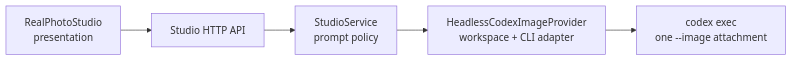
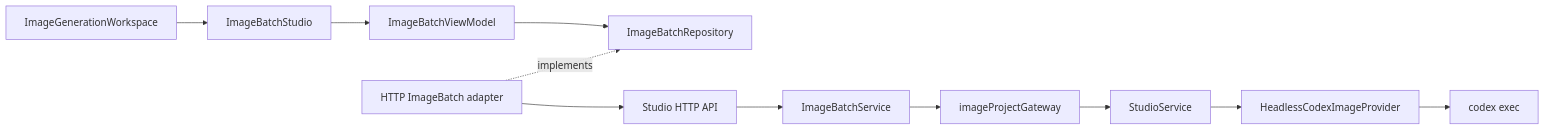
One commit to yuilyoung/vibecoding changed the first of 2 diagrams in workspace/animation_real_studio/docs/12-reference-guided-photorealistic-ux-redesign.md. Above: the diagram before and after it, drawn with Mermaid. The commit also changed other lines of this file and 45 other files, not shown here.

````diff
--- a/workspace/animation_real_studio/docs/12-reference-guided-photorealistic-ux-redesign.md
+++ b/workspace/animation_real_studio/docs/12-reference-guided-photorealistic-ux-redesign.md
@@ -17,11 +18,13 @@
 ```mermaid
 flowchart LR
-  P[RealPhotoStudio
-presentation] --> A[Studio HTTP API]
-  A --> B[StudioService
-prompt policy]
-  B --> I[HeadlessCodexImageProvider
-workspace + CLI adapter]
-  I --> C[codex exec
-one --image attachment]
+  W[ImageGenerationWorkspace] --> V[ImageBatchStudio]
+  V --> VM[ImageBatchViewModel]
+  VM --> R[ImageBatchRepository]
+  H[HTTP ImageBatch adapter] -.implements.-> R
+  H --> A[Studio HTTP API]
+  A --> B[ImageBatchService]
+  B --> G[imageProjectGateway]
+  G --> S[StudioService]
+  S --> I[HeadlessCodexImageProvider]
+  I --> C[codex exec]
 ```
````
